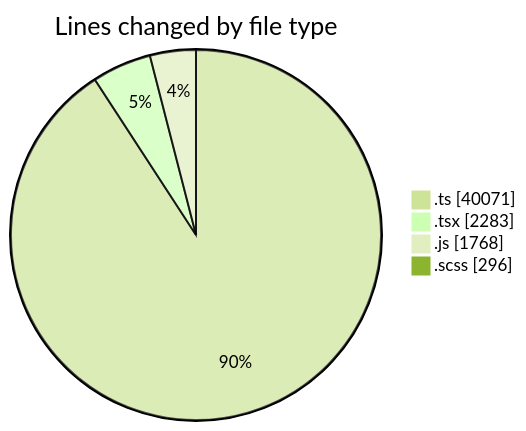
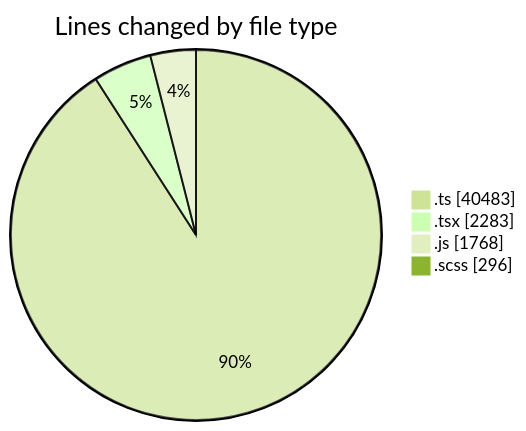
The first of 2 diagrams in 2025-06-23/cda/README.md (momahboobian/code-tracking), drawn with Mermaid (forest theme) before and after one commit. The commit also changed other lines of this file and 1 other file, not shown here.

````diff
--- a/2025-06-23/cda/README.md
+++ b/2025-06-23/cda/README.md
@@ -38,8 +39,8 @@
 ```mermaid
 pie showData
 title Lines changed by file type
-".ts" : 40071
+".ts" : 40483
 ".tsx" : 2283
 ".js" : 1768
 ".scss" : 296
 ```
````
